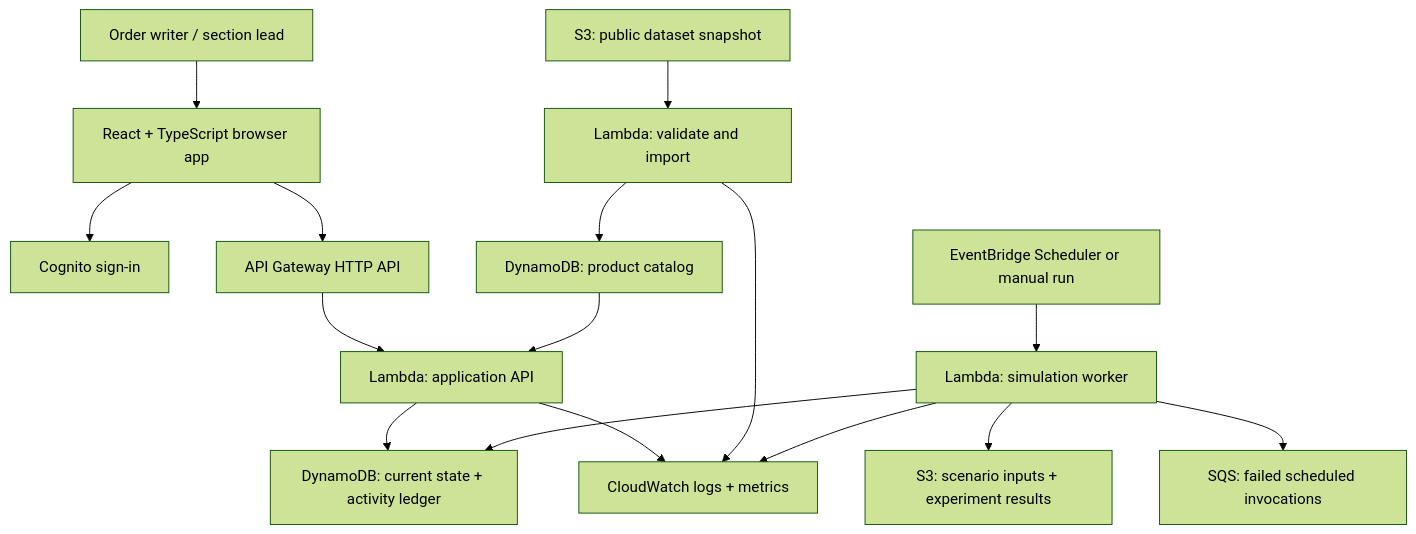
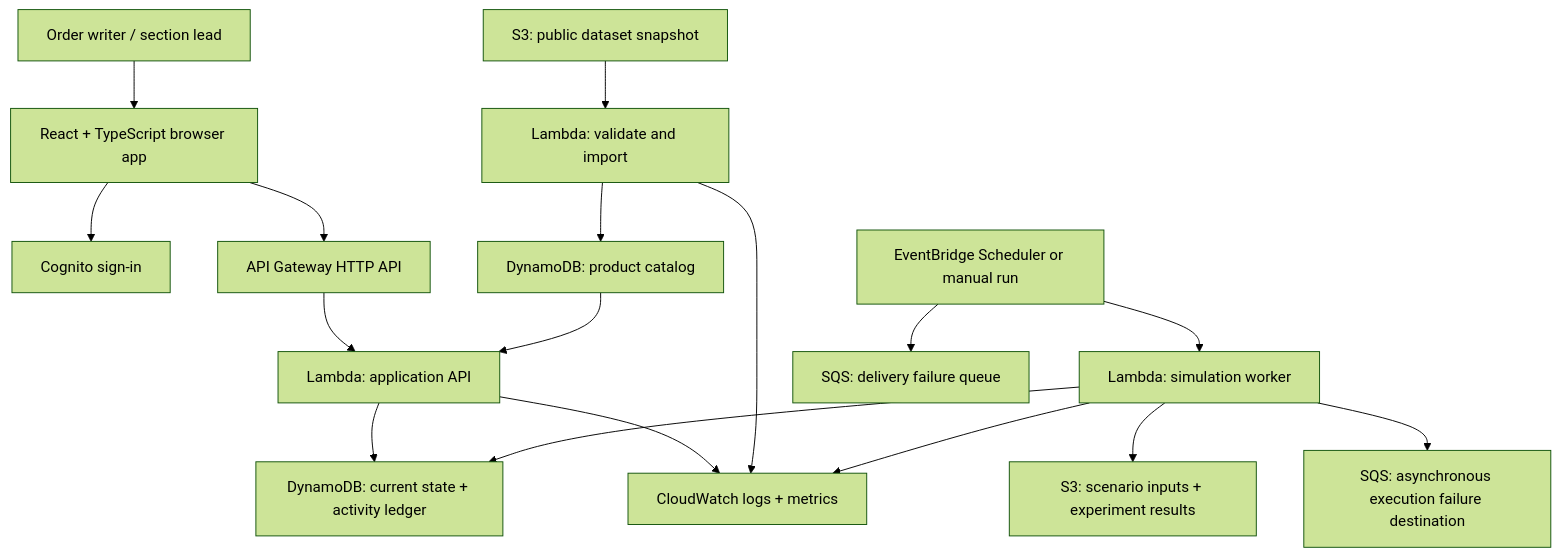
One commit to irisyjchang/tjs-helper changed the diagram in order-writer-design.md. Above: the diagram before and after it, drawn with Mermaid (forest theme). The commit also changed other lines of this file, not shown here.

````diff
--- a/order-writer-design.md
+++ b/order-writer-design.md
@@ -43,21 +71,22 @@
 ```mermaid
 flowchart TD
     U[Order writer / section lead] --> UI[React + TypeScript browser app]
     UI --> AUTH[Cognito sign-in]
     UI --> API[API Gateway HTTP API]
     API --> L[Lambda: application API]
     L --> DB[DynamoDB: current state + activity ledger]
 
     RAW[S3: public dataset snapshot] --> IMP[Lambda: validate and import]
     IMP --> CAT[DynamoDB: product catalog]
     CAT --> L
 
     SCH[EventBridge Scheduler or manual run] --> SIM[Lambda: simulation worker]
     SIM --> DB
     SIM --> OUT[S3: scenario inputs + experiment results]
-    SIM --> DLQ[SQS: failed scheduled invocations]
+    SCH --> DLQ[SQS: delivery failure queue]
+    SIM --> FAIL[SQS: asynchronous execution failure destination]
 
     L --> LOG[CloudWatch logs + metrics]
     IMP --> LOG
     SIM --> LOG
 ```
````
